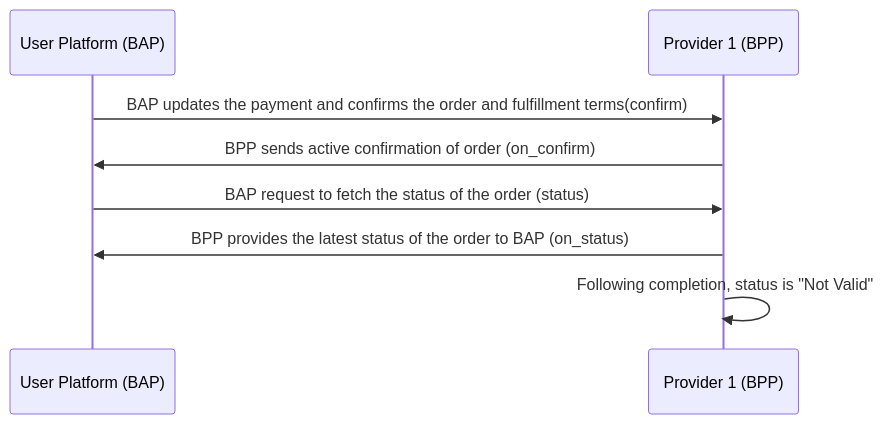
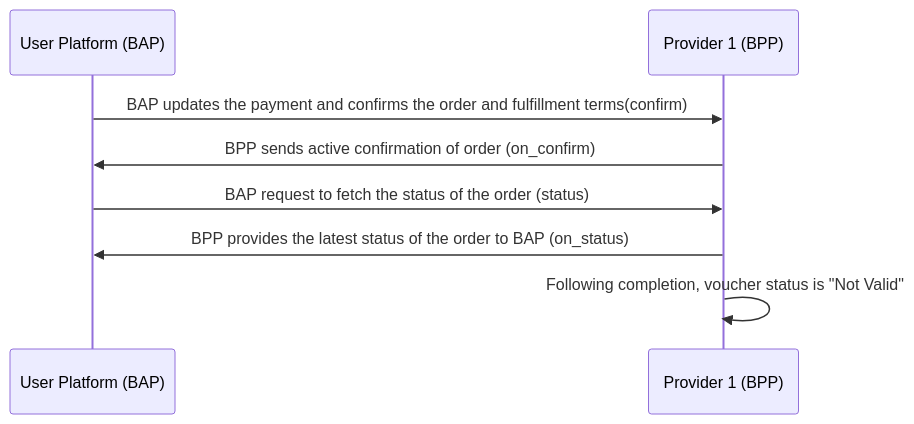
Before and after one commit to Sudheesh2609/DENT-Protocol: the eighth of 8 diagrams in docs/implementation-guides/Voucher_Redemption.md, drawn with Mermaid.

````diff
--- a/docs/implementation-guides/Voucher_Redemption.md
+++ b/docs/implementation-guides/Voucher_Redemption.md
@@ -171,8 +171,8 @@
 ```mermaid
     sequenceDiagram
     User Platform (BAP)->> Provider 1 (BPP): BAP updates the payment and confirms the order and fulfillment terms(confirm)
     Provider 1 (BPP)->>User Platform (BAP): BPP sends active confirmation of order (on_confirm)
     User Platform (BAP)->> Provider 1 (BPP): BAP request to fetch the status of the order (status)
     Provider 1 (BPP)->>User Platform (BAP): BPP provides the latest status of the order to BAP (on_status)
-    Provider 1 (BPP)->>Provider 1 (BPP): Following completion, status is "Not Valid"
+    Provider 1 (BPP)->>Provider 1 (BPP): Following completion, voucher status is "Not Valid"
 ```
````
